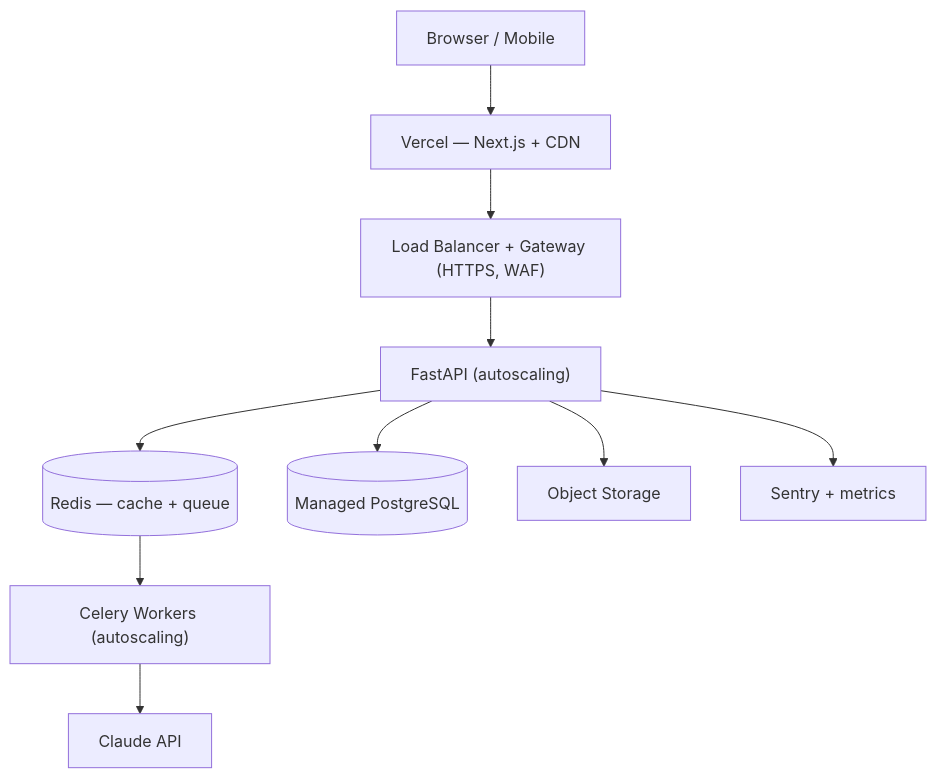
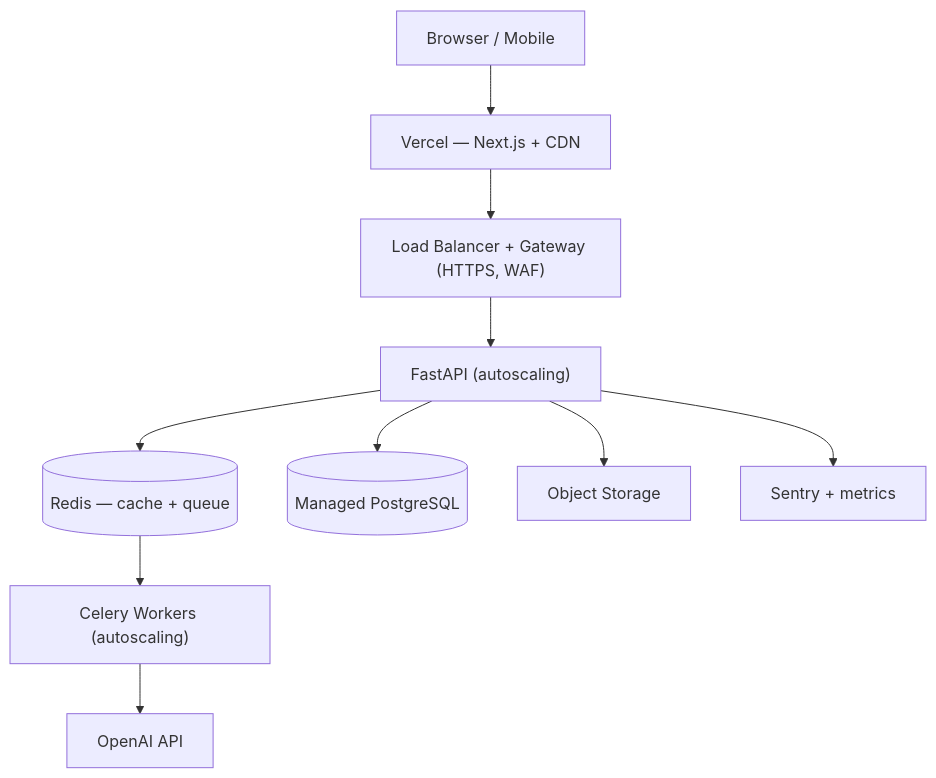
Before and after one commit to Bhuvann-dev/ResumeIQ: the seventh of 8 diagrams in docs/architecture.md, drawn with Mermaid. The commit also changed other lines of this file and 2 other files, not shown here.

First line of the commit message:
docs: align architecture and ADR-005 with the OpenAI swap

````diff
--- a/docs/architecture.md
+++ b/docs/architecture.md
@@ -213,12 +212,12 @@
 ```mermaid
 graph TB
     BROWSER["Browser / Mobile"] --> VERCEL["Vercel — Next.js + CDN"]
     VERCEL --> LB["Load Balancer + Gateway (HTTPS, WAF)"]
     LB --> API["FastAPI (autoscaling)"]
     API --> REDIS[("Redis — cache + queue")]
     API --> PG[("Managed PostgreSQL")]
     API --> S3["Object Storage"]
     REDIS --> WORKERS["Celery Workers (autoscaling)"]
-    WORKERS --> CLAUDE["Claude API"]
+    WORKERS --> LLM["OpenAI API"]
     API --> SENTRY["Sentry + metrics"]
 ```
````
